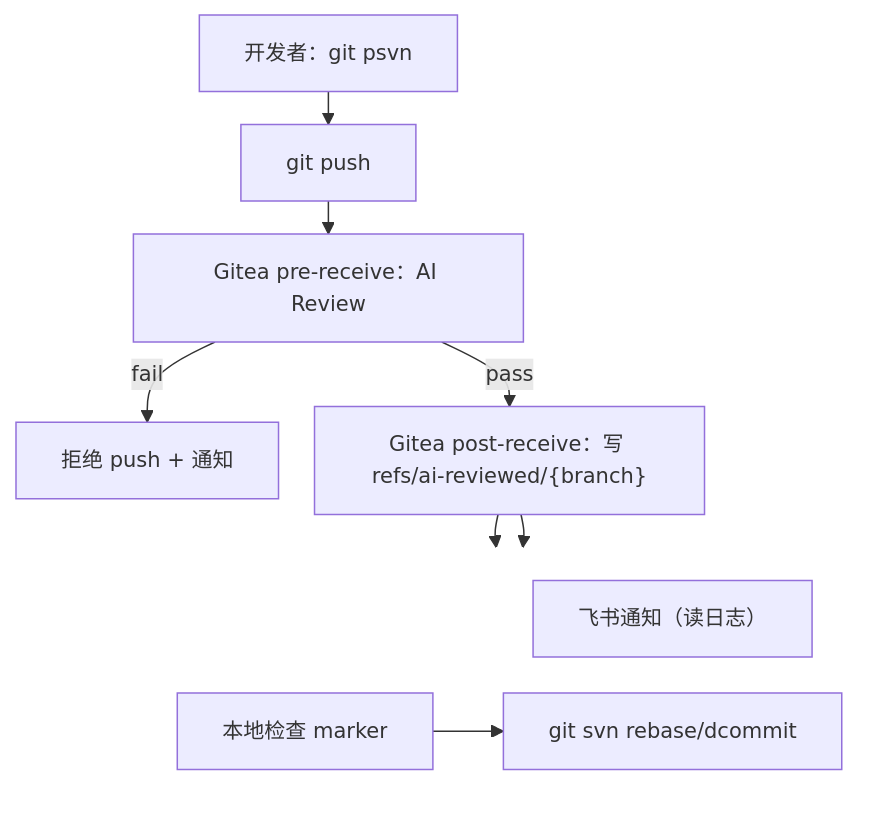
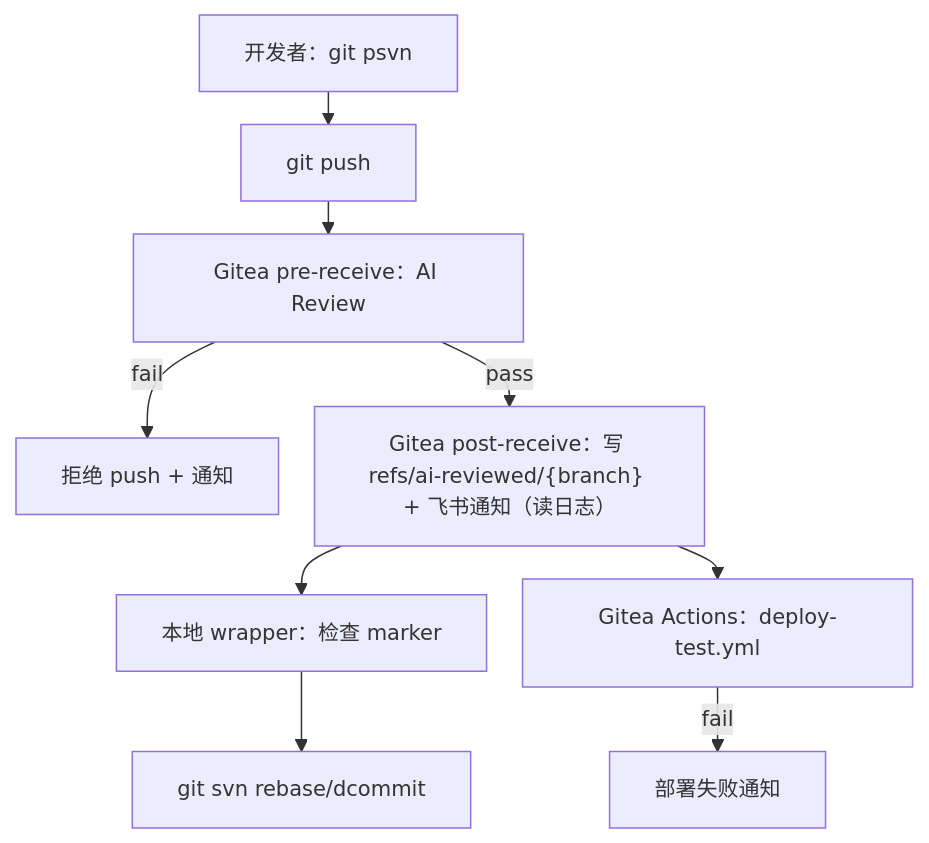
The diagram in talks/2025-12-26-ai-review-git-svn/src/slides.md (cycleccc/notes), drawn with Mermaid before and after one commit. The commit also changed other lines of this file and 2 other files, not shown here.

````diff
--- a/talks/2025-12-26-ai-review-git-svn/src/slides.md
+++ b/talks/2025-12-26-ai-review-git-svn/src/slides.md
@@ -158,15 +158,10 @@
 ```mermaid
 %%{init: {"flowchart": {"nodeSpacing": 24, "rankSpacing": 22}, "themeVariables": {"fontSize": "14px"}} }%%
 flowchart TD
   A["开发者：git psvn"] --> B["git push"] --> C["Gitea pre-receive：AI Review"]
   C -->|fail| D["拒绝 push + 通知"]
-  C -->|pass| E["Gitea post-receive：写 refs/ai-reviewed/{branch}"]
-  subgraph AFTER
-    direction LR
-    F["飞书通知（读日志）"]
-    G["本地检查 marker"] --> H["git svn rebase/dcommit"]
-  end
-  style AFTER fill:transparent,stroke:transparent,color:transparent
-  E --> F
-  E --> G
+  C -->|pass| E["Gitea post-receive：写 refs/ai-reviewed/{branch} + 飞书通知（读日志）"]
+  E --> G["本地 wrapper：检查 marker"] --> H["git svn rebase/dcommit"]
+  E --> I["Gitea Actions：deploy-test.yml"]
+  I -->|fail| J["部署失败通知"]
 ```
````
